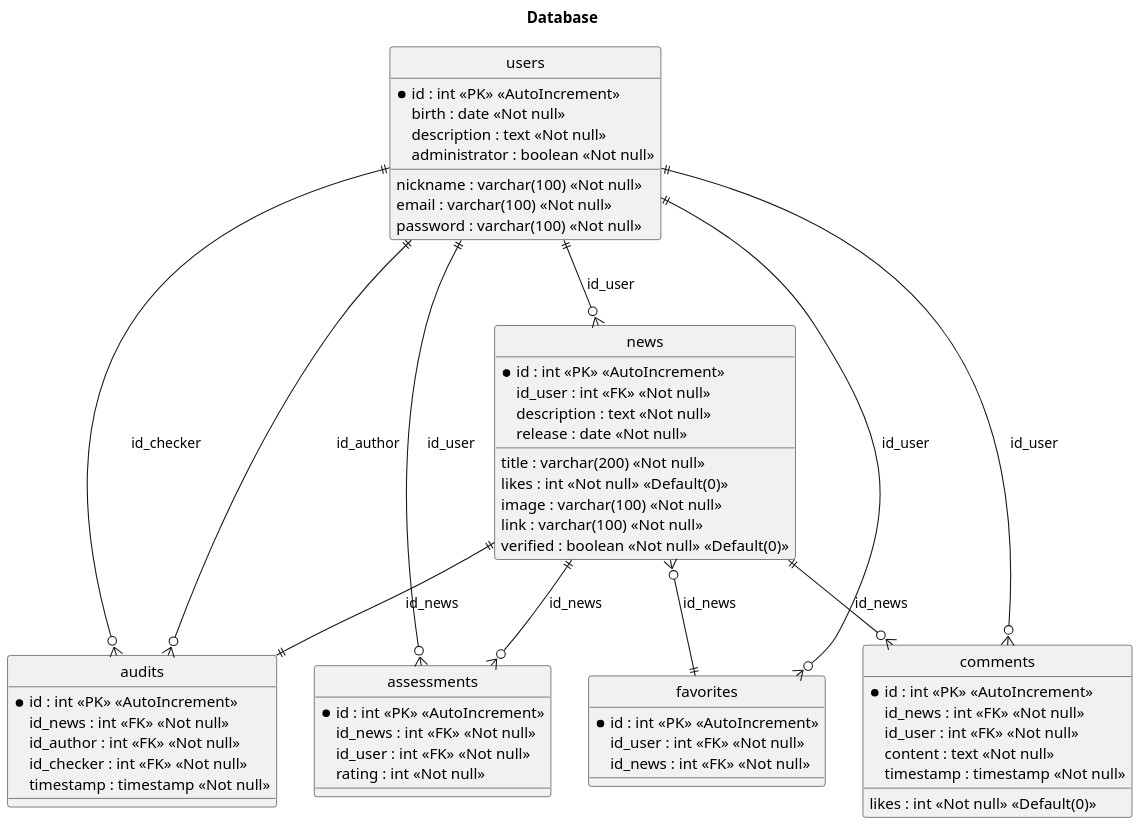
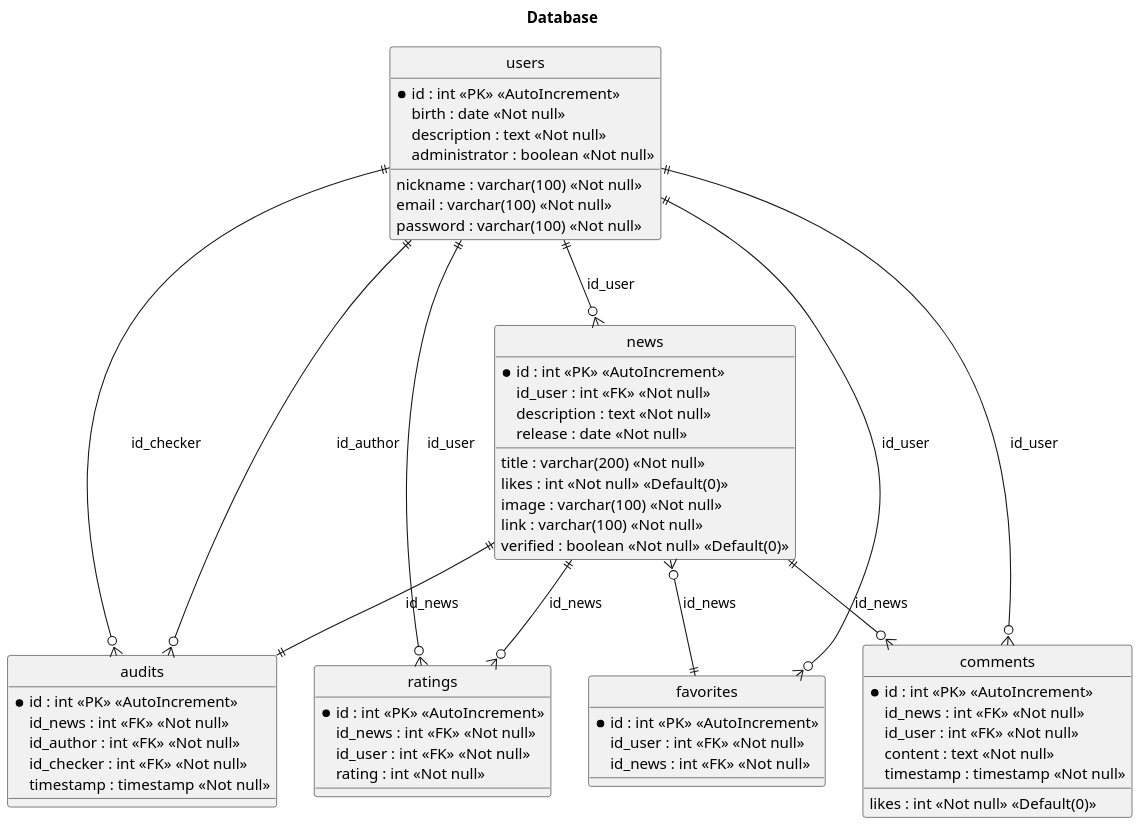
The diagram in database/context/PlantTextUML.pu (Lorsuz/API-MFT), drawn with PlantUML before and after one commit. The commit also changed 53 other files, not shown here.

```diff
--- a/database/context/PlantTextUML.pu
+++ b/database/context/PlantTextUML.pu
@@ -1,70 +1,70 @@
 @startuml Database
 
 	title Database
 	hide circle
 	scale 1.5
 
 	entity "users" as users {
 		*id : int <<PK>> <<AutoIncrement>>
 		nickname : varchar(100) <<Not null>>
 		email : varchar(100) <<Not null>>
 		password : varchar(100) <<Not null>>
 		birth : date <<Not null>>
 		description : text <<Not null>>
 		administrator : boolean <<Not null>>
 	}
 
 	entity "news" as news {
 		*id : int <<PK>> <<AutoIncrement>>
 		id_user : int <<FK>> <<Not null>>
 		title : varchar(200) <<Not null>>
 		description : text <<Not null>>
 		release : date <<Not null>>
 		likes : int <<Not null>> <<Default(0)>>
 		image : varchar(100) <<Not null>>
 		link : varchar(100) <<Not null>>
 		verified : boolean <<Not null>> <<Default(0)>>
 	}
 
 	entity "audits" as audits {
 		*id : int <<PK>> <<AutoIncrement>>
 		id_news : int <<FK>> <<Not null>>
 		id_author : int <<FK>> <<Not null>>
 		id_checker : int <<FK>> <<Not null>>
 		timestamp : timestamp <<Not null>>
 	}
 
-	entity "assessments" as assessments {
+	entity "ratings" as ratings {
 		*id : int <<PK>> <<AutoIncrement>>
 		id_news : int <<FK>> <<Not null>>
 		id_user : int <<FK>> <<Not null>>
 		rating : int <<Not null>>
 	}
 
 	entity "favorites" as favorites {
 		*id : int <<PK>> <<AutoIncrement>>
 		id_user : int <<FK>> <<Not null>>
 		id_news : int <<FK>> <<Not null>>
 	}
 
 	entity "comments" as comments {
 		*id : int <<PK>> <<AutoIncrement>>
 		id_news : int <<FK>> <<Not null>>
 		id_user : int <<FK>> <<Not null>>
 		content : text <<Not null>>
 		timestamp : timestamp <<Not null>>
 		likes : int <<Not null>> <<Default(0)>>
 	}
 
 	users ||--o{ news : id_user
 	news ||--||  audits : id_news
 	users ||--o{ audits : id_author
 	users ||--o{ audits : id_checker
-	news ||--o{ assessments : id_news
-	users ||--o{ assessments : id_user
+	news ||--o{ ratings : id_news
+	users ||--o{ ratings : id_user
 	users ||--o{ favorites : id_user
 	news }o--|| favorites : id_news
 	news ||--o{ comments : id_news
 	users ||--o{ comments : id_user
 
 	@enduml
```
